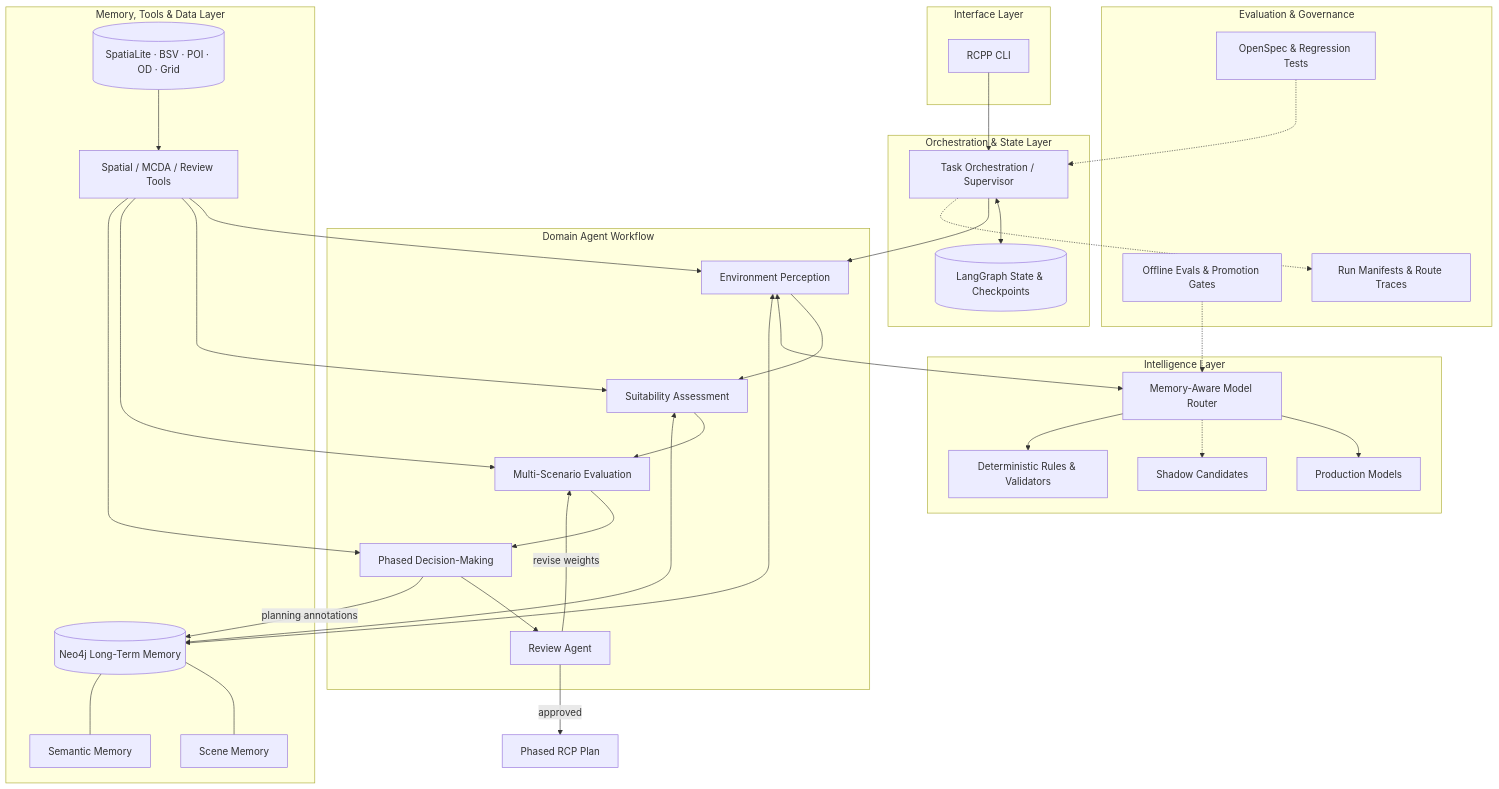
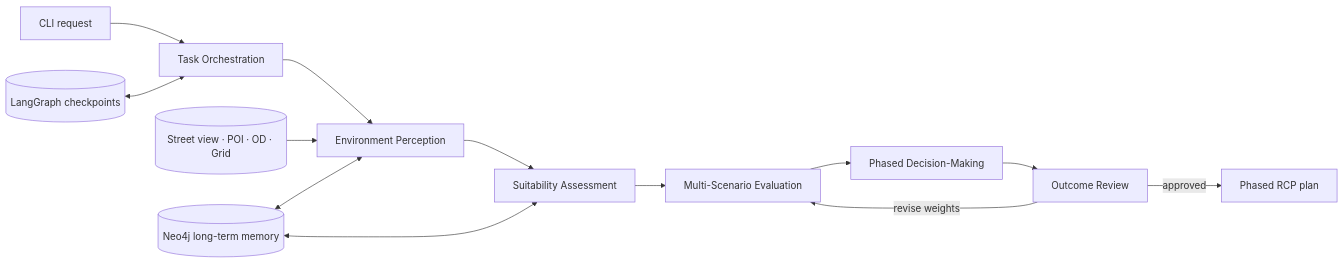
One commit to NNUSCENSLAB/RCPP-Agent changed the diagram in README.md. Above: the diagram before and after it, drawn with Mermaid. The commit also changed other lines of this file, not shown here.

````diff
--- a/README.md
+++ b/README.md
@@ -6,61 +125,16 @@
 ```mermaid
-flowchart TB
-    subgraph INTERFACE["Interface Layer"]
-        CLI["RCPP CLI"]
-    end
+flowchart LR
+    U["CLI request"] --> O["Task Orchestration"]
+    O --> P["Environment Perception"]
+    P --> S["Suitability Assessment"]
+    S --> M["Multi-Scenario Evaluation"]
+    M --> D["Phased Decision-Making"]
+    D --> R["Outcome Review"]
+    R -->|revise weights| M
+    R -->|approved| X["Phased RCP plan"]
 
-    subgraph ORCHESTRATION["Orchestration & State Layer"]
-        SUP["Task Orchestration / Supervisor"]
-        STATE[("LangGraph State & Checkpoints")]
-        SUP <--> STATE
-    end
-
-    subgraph AGENTS["Domain Agent Workflow"]
-        EP["Environment Perception"] --> SA["Suitability Assessment"]
-        SA --> ME["Multi-Scenario Evaluation"]
-        ME --> PD["Phased Decision-Making"]
-        PD --> RV["Review Agent"]
-        RV -->|revise weights| ME
-    end
-
-    subgraph INTELLIGENCE["Intelligence Layer"]
-        ROUTER["Memory-Aware Model Router"]
-        PROD["Production Models"]
-        SHADOW["Shadow Candidates"]
-        RULES["Deterministic Rules & Validators"]
-        ROUTER --> PROD
-        ROUTER -.-> SHADOW
-        ROUTER --> RULES
-    end
-
-    subgraph DATA["Memory, Tools & Data Layer"]
-        MEM[("Neo4j Long-Term Memory")]
-        SCENE["Scene Memory"]
-        SEMANTIC["Semantic Memory"]
-        TOOLS["Spatial / MCDA / Review Tools"]
-        SOURCES[("SpatiaLite · BSV · POI · OD · Grid")]
-        MEM --- SCENE
-        MEM --- SEMANTIC
-        SOURCES --> TOOLS
-    end
-
-    subgraph GOVERNANCE["Evaluation & Governance"]
-        EVAL["Offline Evals & Promotion Gates"]
-        SPEC["OpenSpec & Regression Tests"]
-        TRACE["Run Manifests & Route Traces"]
-    end
-
-    CLI --> SUP --> EP
-    EP <--> ROUTER
-    EP <--> MEM
-    SA <--> MEM
-    PD -->|planning annotations| MEM
-    TOOLS --> EP
-    TOOLS --> SA
-    TOOLS --> ME
-    TOOLS --> PD
-    RV -->|approved| OUT["Phased RCP Plan"]
-    EVAL -.-> ROUTER
-    SPEC -.-> SUP
-    SUP -.-> TRACE
+    E[("Street view · POI · OD · Grid")] --> P
+    G[("Neo4j long-term memory")] <--> P
+    G <--> S
+    C[("LangGraph checkpoints")] <--> O
 ```
````
